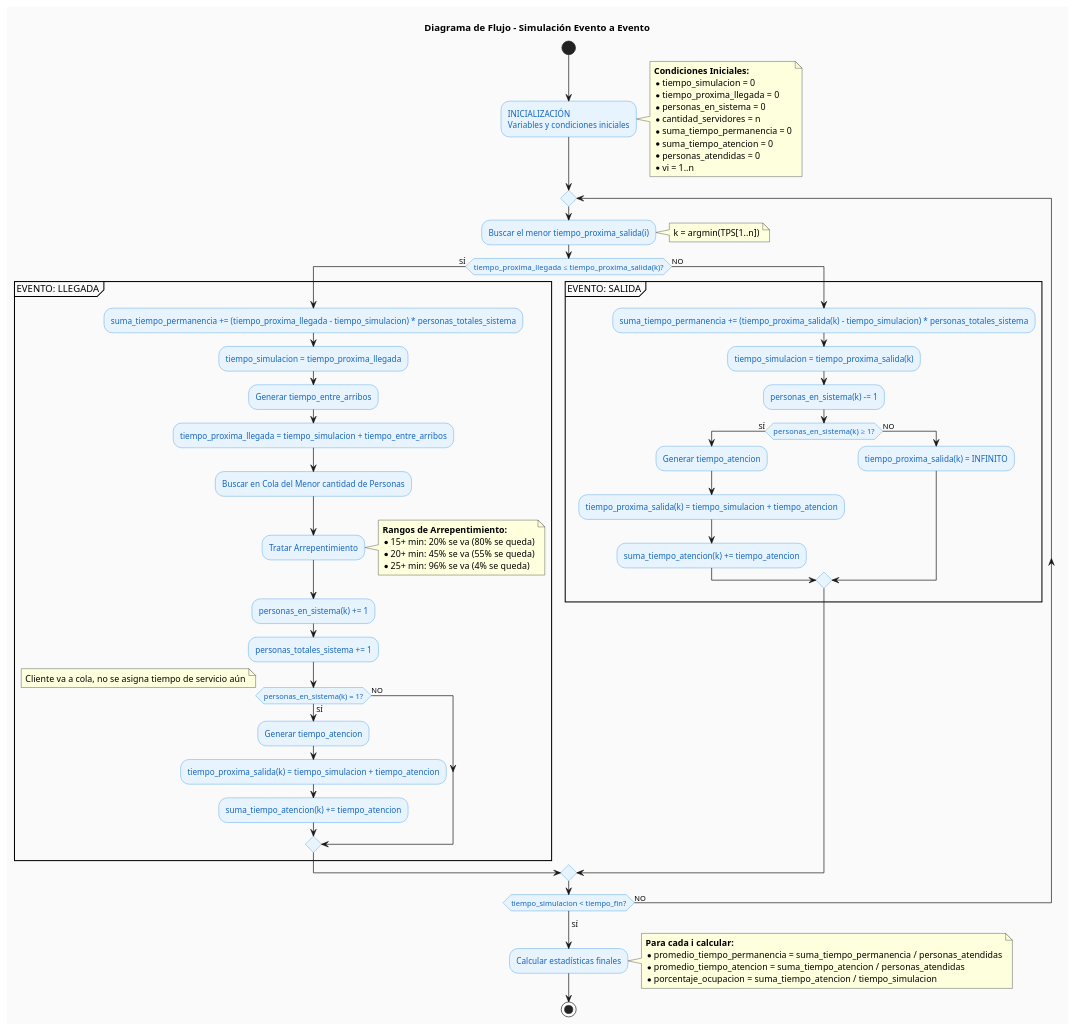
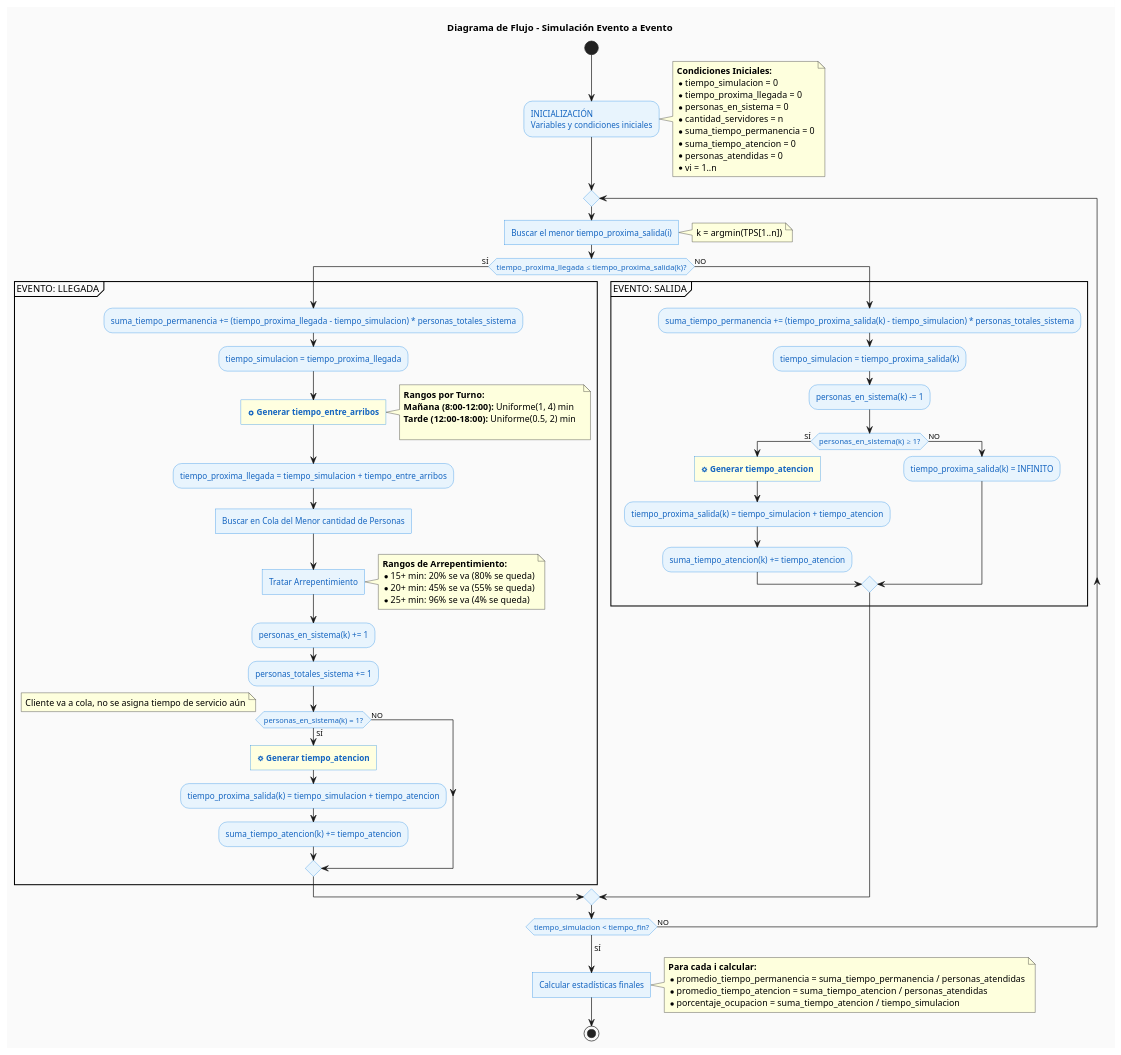
Before and after one commit to Luc4sG/trabajoPracticoSimulacion: the diagram in diagrama_flujo_mejorado.puml, drawn with PlantUML. The commit also changed 6 other files, not shown here.

```diff
--- a/diagrama_flujo_mejorado.puml
+++ b/diagrama_flujo_mejorado.puml
@@ -1,101 +1,110 @@
 @startuml Simulacion_Flujo_Mejorado
 
 title Diagrama de Flujo - Simulación Evento a Evento
 skinparam backgroundColor #FAFAFA
 skinparam activity {
   BackgroundColor #E8F4FD
   BorderColor #1E88E5
   FontColor #1565C0
 }
 skinparam decision {
   BackgroundColor #FFF3E0
   BorderColor #FB8C00
   FontColor #EF6C00
 }
 
 start
 
 :INICIALIZACIÓN
 Variables y condiciones iniciales;
 
 note right
   **Condiciones Iniciales:**
   * tiempo_simulacion = 0
   * tiempo_proxima_llegada = 0
   * personas_en_sistema = 0
   * cantidad_servidores = n
   * suma_tiempo_permanencia = 0
   * suma_tiempo_atencion = 0
   * personas_atendidas = 0
   * vi = 1..n
 end note
 
 repeat
 
-  :Buscar el menor tiempo_proxima_salida(i);
+  :Buscar el menor tiempo_proxima_salida(i)]
   
   note right: k = argmin(TPS[1..n])
   
   if (tiempo_proxima_llegada ≤ tiempo_proxima_salida(k)?) then (SÍ)
     
     group EVENTO: LLEGADA
       :suma_tiempo_permanencia += (tiempo_proxima_llegada - tiempo_simulacion) * personas_totales_sistema;
       :tiempo_simulacion = tiempo_proxima_llegada;
-      :Generar tiempo_entre_arribos;
+      
+      #LightYellow:<&cog> **Generar tiempo_entre_arribos**]
+      
+      note right
+        **Rangos por Turno:**
+        **Mañana (8:00-12:00):** Uniforme(1, 4) min
+        **Tarde (12:00-18:00):** Uniforme(0.5, 2) min  
+
+      end note
+      
       :tiempo_proxima_llegada = tiempo_simulacion + tiempo_entre_arribos;
       
-      :Buscar en Cola del Menor cantidad de Personas;
-      :Tratar Arrepentimiento;
+      :Buscar en Cola del Menor cantidad de Personas]
+      :Tratar Arrepentimiento]
       
       note right
         **Rangos de Arrepentimiento:**
         * 15+ min: 20% se va (80% se queda)
         * 20+ min: 45% se va (55% se queda)
         * 25+ min: 96% se va (4% se queda)
       end note
       
       :personas_en_sistema(k) += 1;
       :personas_totales_sistema += 1;
       
       if (personas_en_sistema(k) = 1?) then (SÍ)
-        :Generar tiempo_atencion;
+        #LightYellow:<&cog> **Generar tiempo_atencion**]
         :tiempo_proxima_salida(k) = tiempo_simulacion + tiempo_atencion;
         :suma_tiempo_atencion(k) += tiempo_atencion;
       else (NO)
         note right: Cliente va a cola, no se asigna tiempo de servicio aún
       endif
     end group
     
   else (NO)
     
     group EVENTO: SALIDA
       :suma_tiempo_permanencia += (tiempo_proxima_salida(k) - tiempo_simulacion) * personas_totales_sistema;
       :tiempo_simulacion = tiempo_proxima_salida(k);
       :personas_en_sistema(k) -= 1;
       
       if (personas_en_sistema(k) ≥ 1?) then (SÍ)
-        :Generar tiempo_atencion;
+        #LightYellow:<&cog> **Generar tiempo_atencion**]
         :tiempo_proxima_salida(k) = tiempo_simulacion + tiempo_atencion;
         :suma_tiempo_atencion(k) += tiempo_atencion;
       else (NO)
         :tiempo_proxima_salida(k) = INFINITO;
       endif
     end group
     
   endif
 
 repeat while (tiempo_simulacion < tiempo_fin?) is (NO)
 -> SÍ;
 
-:Calcular estadísticas finales;
+:Calcular estadísticas finales]
 
 note right
   **Para cada i calcular:**
   * promedio_tiempo_permanencia = suma_tiempo_permanencia / personas_atendidas
   * promedio_tiempo_atencion = suma_tiempo_atencion / personas_atendidas
   * porcentaje_ocupacion = suma_tiempo_atencion / tiempo_simulacion
 end note
 
 stop
 
 @enduml 
```
